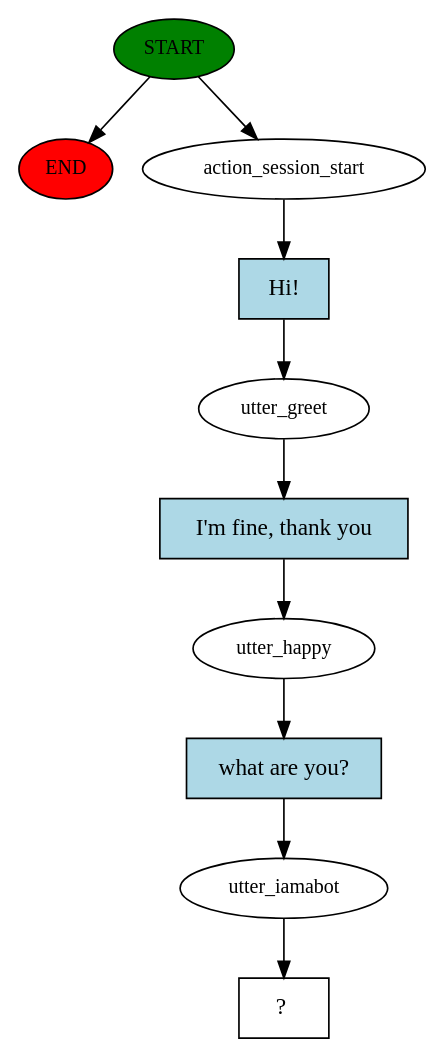
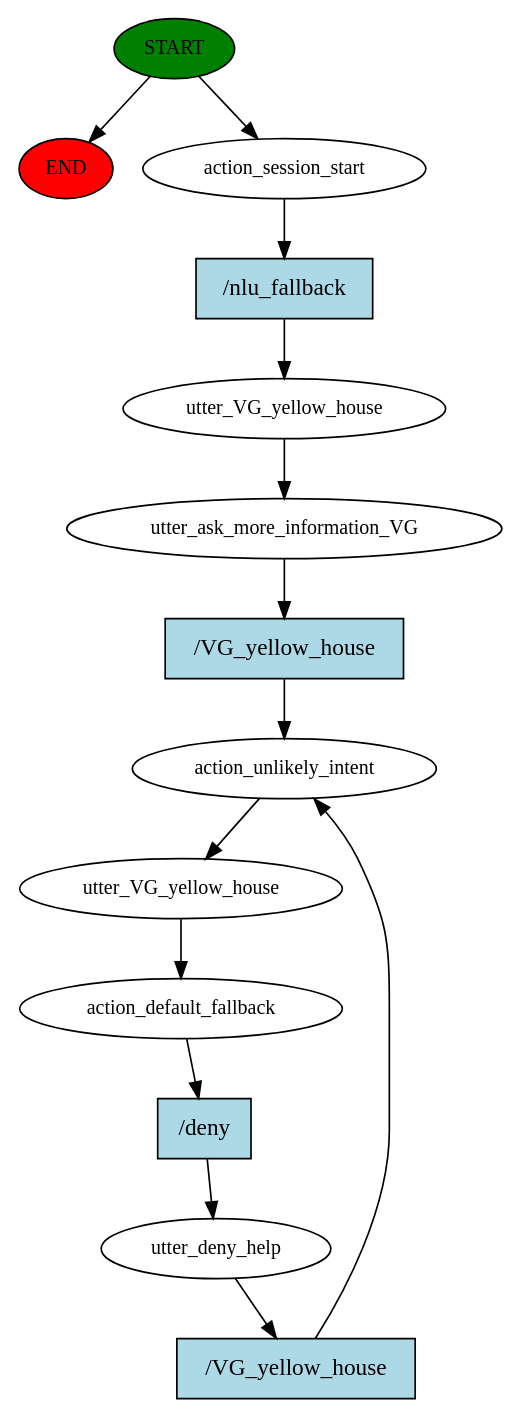
The diagram in story_graph.dot (anicules/KPIS-chatbot), drawn with Graphviz before and after one commit. The commit also changed 66 other files, not shown here.

```diff
--- a/story_graph.dot
+++ b/story_graph.dot
@@ -1,21 +1,28 @@
 digraph  {
 0 [class="start active", fillcolor=green, fontsize=12, label=START, style=filled];
 "-1" [class=end, fillcolor=red, fontsize=12, label=END, style=filled];
 1 [class=active, fontsize=12, label=action_session_start];
-2 [class=active, fontsize=12, label=utter_greet];
-3 [class=active, fontsize=12, label=utter_happy];
-4 [class=active, fontsize=12, label=utter_iamabot];
-5 [class="intent dashed active", label="  ?  ", shape=rect];
-6 [class="intent active", fillcolor=lightblue, label="Hi!", shape=rect, style=filled];
-7 [class="intent active", fillcolor=lightblue, label="I'm fine, thank you", shape=rect, style=filled];
-8 [class="intent active", fillcolor=lightblue, label="what are you?", shape=rect, style=filled];
+2 [class=active, fontsize=12, label=utter_VG_yellow_house];
+3 [class=active, fontsize=12, label=utter_ask_more_information_VG];
+4 [class=active, fontsize=12, label=action_unlikely_intent];
+5 [class="active dashed", fontsize=12, label=utter_VG_yellow_house];
+6 [class=active, fontsize=12, label=action_default_fallback];
+7 [class=active, fontsize=12, label=utter_deny_help];
+10 [class="intent active", fillcolor=lightblue, label="/nlu_fallback", shape=rect, style=filled];
+11 [class="intent active", fillcolor=lightblue, label="/VG_yellow_house", shape=rect, style=filled];
+12 [class="intent active", fillcolor=lightblue, label="/deny", shape=rect, style=filled];
+13 [class="intent active", fillcolor=lightblue, label="/VG_yellow_house", shape=rect, style=filled];
 0 -> "-1"  [class="", key=NONE, label=""];
 0 -> 1  [class=active, key=NONE, label=""];
-1 -> 6  [class=active, key=0];
-2 -> 7  [class=active, key=0];
-3 -> 8  [class=active, key=0];
+1 -> 10  [class=active, key=0];
+2 -> 3  [class=active, key=NONE, label=""];
+3 -> 11  [class=active, key=0];
 4 -> 5  [class=active, key=NONE, label=""];
-6 -> 2  [class=active, key=0];
-7 -> 3  [class=active, key=0];
-8 -> 4  [class=active, key=0];
+5 -> 6  [class=active, key=NONE, label=""];
+6 -> 12  [class=active, key=0];
+7 -> 13  [class=active, key=0];
+10 -> 2  [class=active, key=0];
+11 -> 4  [class=active, key=0];
+12 -> 7  [class=active, key=0];
+13 -> 4  [class=active, key=0];
 }
```
